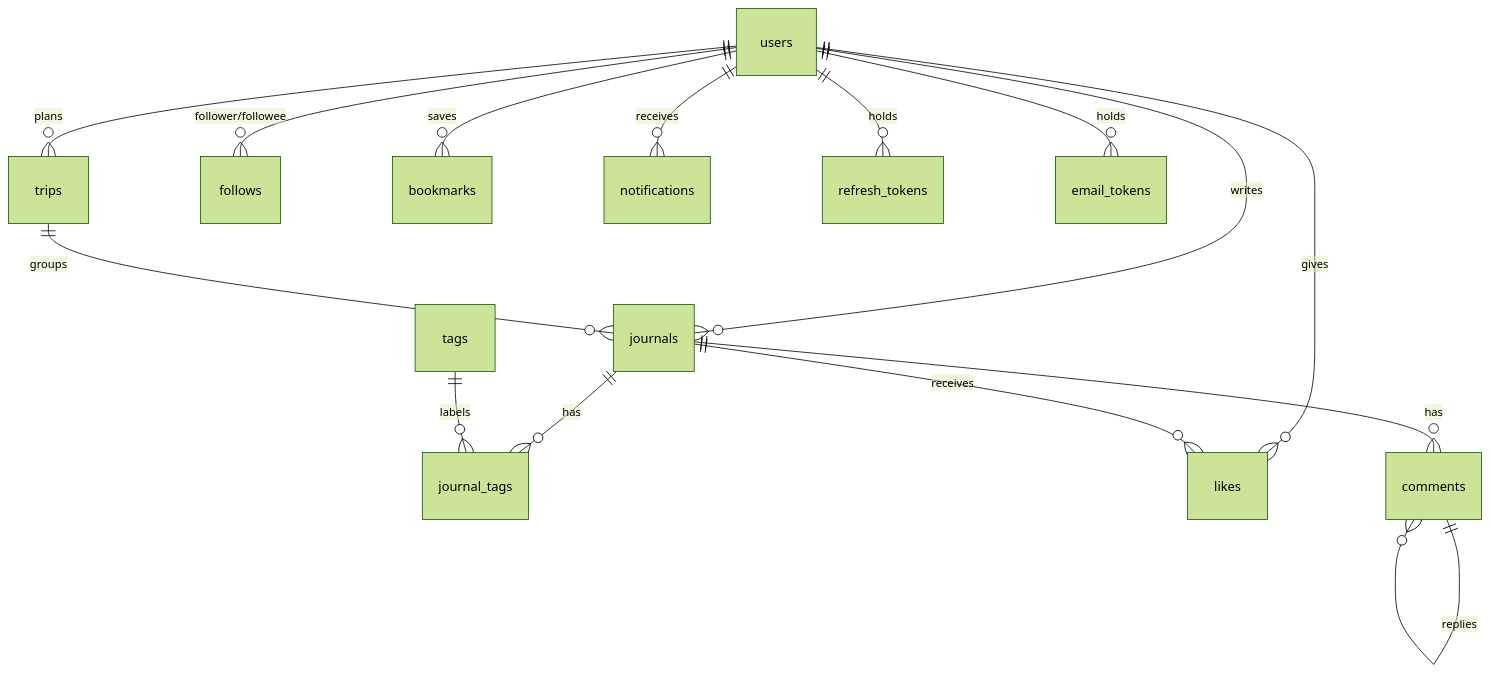
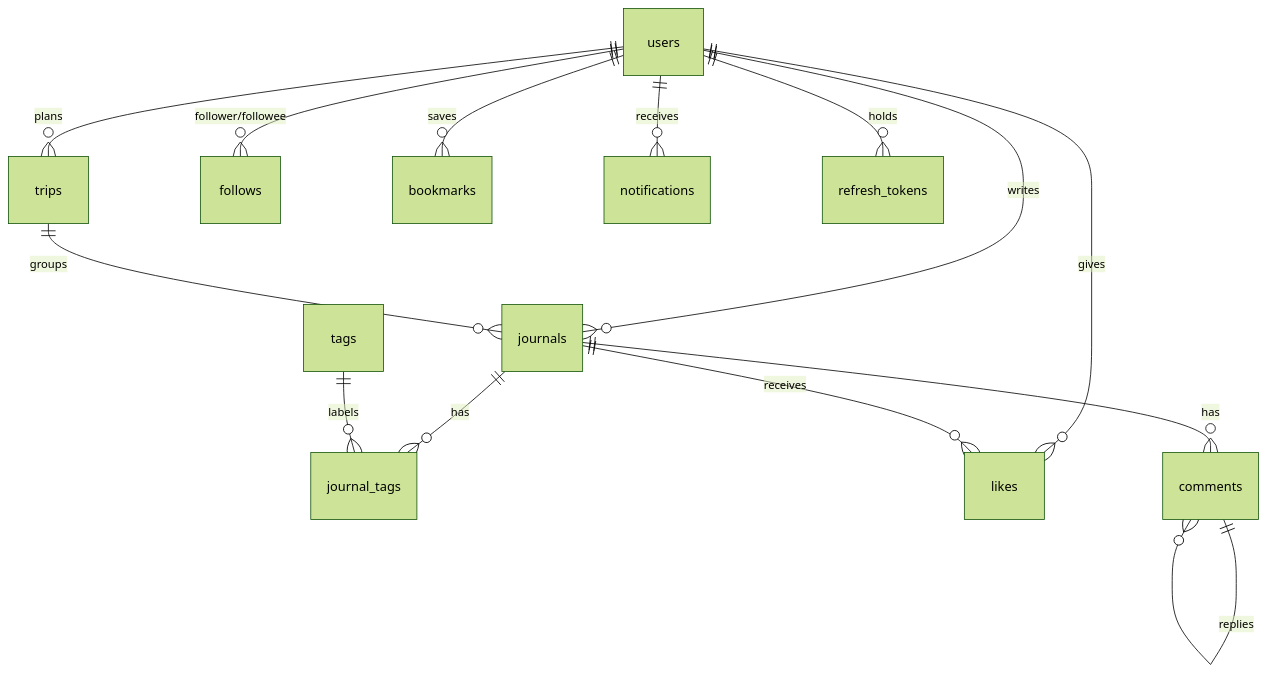
The diagram in _docs/spec.md (sushantmagoo/globetrekker), drawn with Mermaid (forest theme) before and after one commit. The commit also changed other lines of this file and 8 other files, not shown here.

````diff
--- a/_docs/spec.md
+++ b/_docs/spec.md
@@ -488,17 +475,16 @@
 ```mermaid
 erDiagram
     users ||--o{ journals : writes
     users ||--o{ trips : plans
     trips ||--o{ journals : groups
     journals ||--o{ journal_tags : has
     tags ||--o{ journal_tags : labels
     users ||--o{ follows : "follower/followee"
     users ||--o{ likes : gives
     journals ||--o{ likes : receives
     users ||--o{ bookmarks : saves
     journals ||--o{ comments : has
     comments ||--o{ comments : replies
     users ||--o{ notifications : receives
     users ||--o{ refresh_tokens : holds
-    users ||--o{ email_tokens : holds
 ```
````
